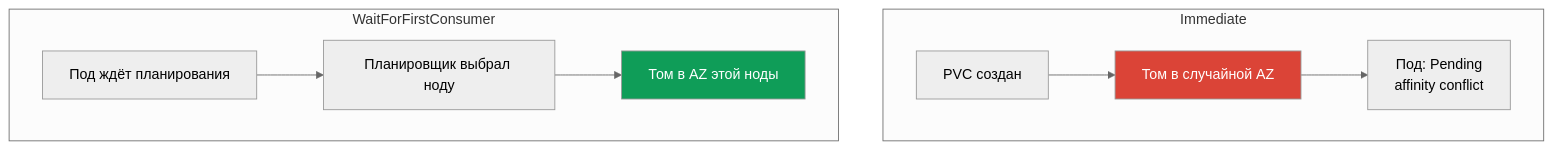
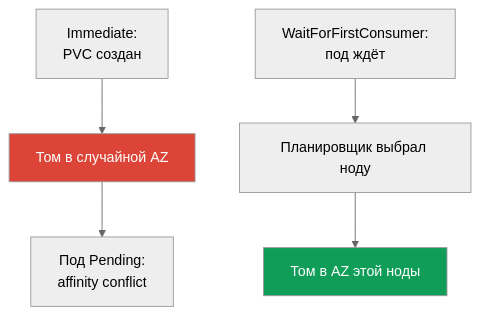
Before and after one commit to ViktorUJ/cks: the first of 2 diagrams in tasks/eks/course/23/ru.md, drawn with Mermaid (neutral theme). The commit also changed other lines of this file and 52 other files, not shown here.

````diff
--- a/tasks/eks/course/23/ru.md
+++ b/tasks/eks/course/23/ru.md
@@ -128,17 +138,9 @@
 ```mermaid
 flowchart TB
-    subgraph imm["Immediate"]
-        pvc1["PVC создан"]
-        vol1["Том в случайной AZ"]
-        pod1["Под: Pending<br>affinity conflict"]
-        pvc1 --> vol1 --> pod1
-    end
-    subgraph wfc["WaitForFirstConsumer"]
-        pod2["Под ждёт планирования"]
-        node2["Планировщик выбрал ноду"]
-        vol2["Том в AZ этой ноды"]
-        pod2 --> node2 --> vol2
-    end
+    pvc1["Immediate:<br/>PVC создан"] --> vol1["Том в случайной AZ"]
+    vol1 --> pod1["Под Pending:<br/>affinity conflict"]
+    pod2["WaitForFirstConsumer:<br/>под ждёт"] --> node2["Планировщик выбрал ноду"]
+    node2 --> vol2["Том в AZ этой ноды"]
     style vol1 fill:#db4437,color:#fff
     style vol2 fill:#0f9d58,color:#fff
 ```
````
